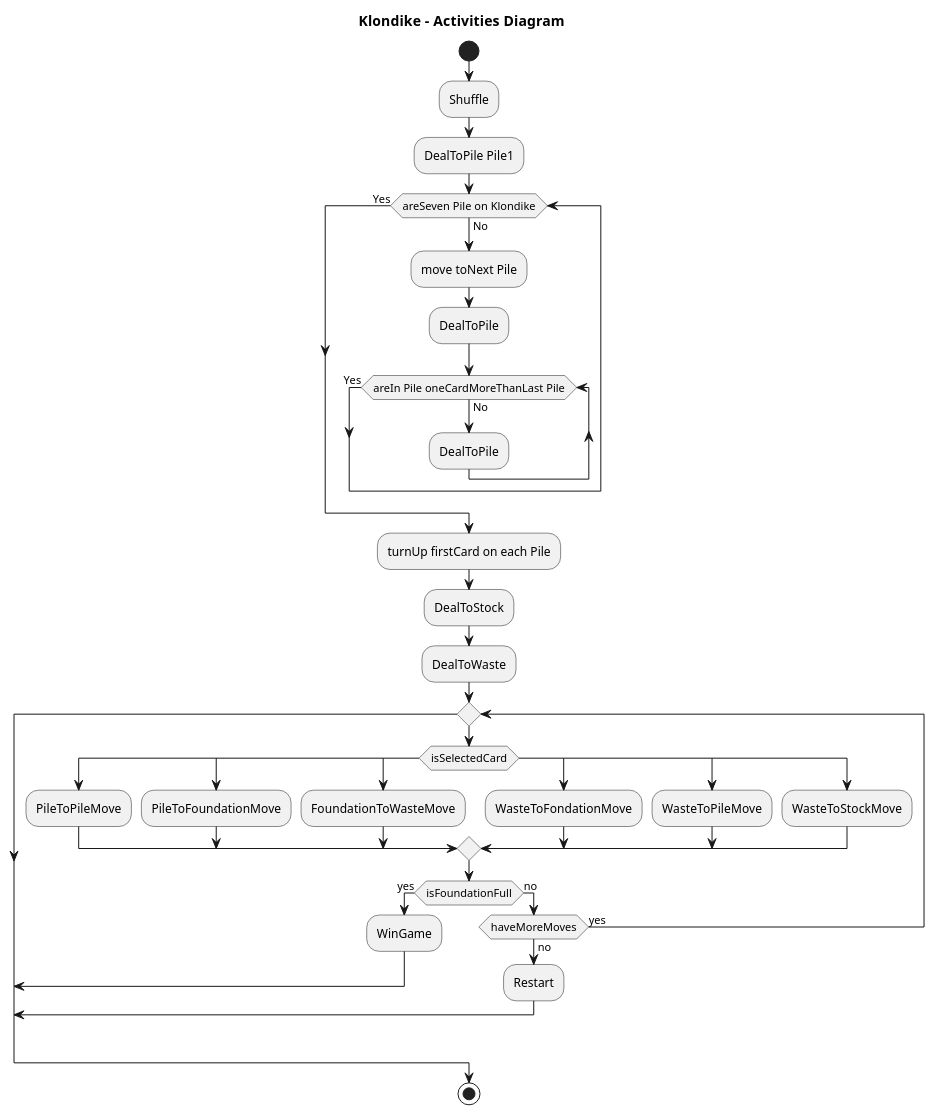
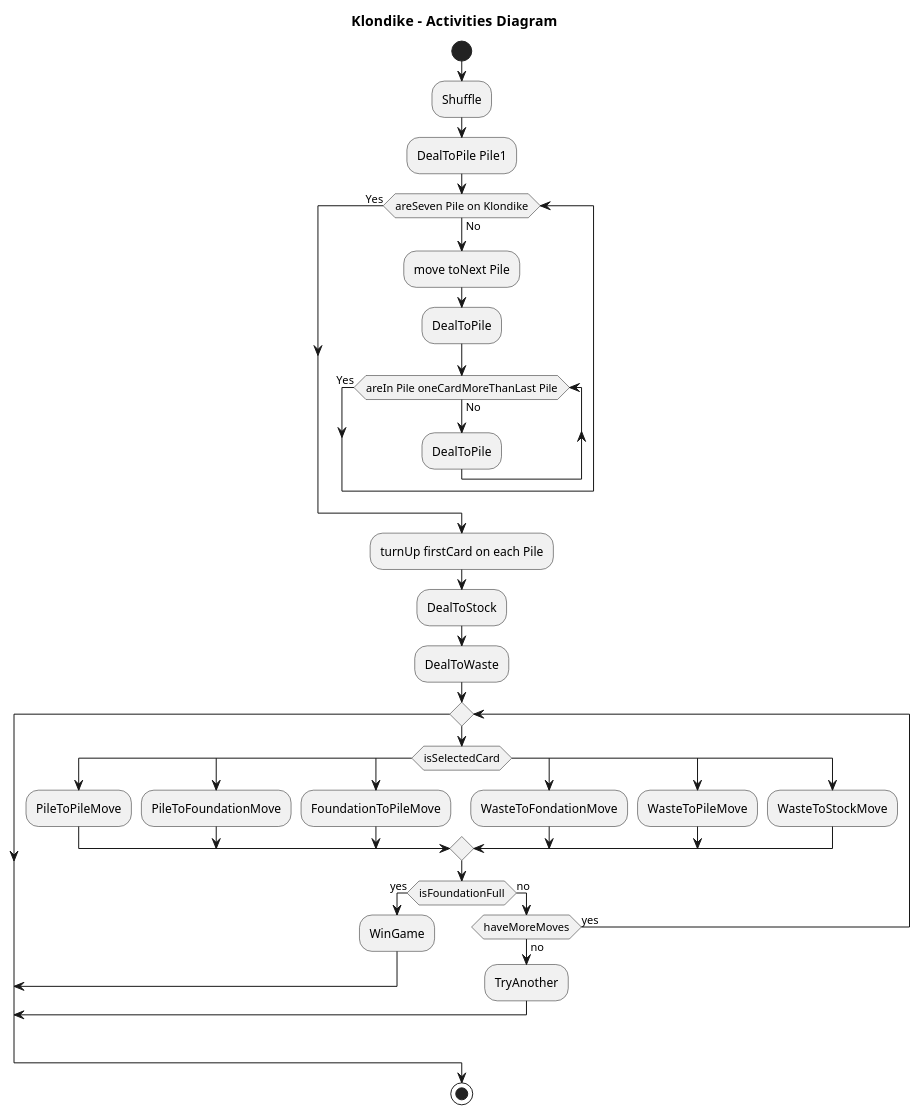
One commit to AngelOS95P/Maestria_IngSoftware_grupo6 changed the diagram in 1 Modelo de Dominio/04_Diagrama de actividades.plantuml. Above: the diagram before and after it, drawn with PlantUML. The commit also changed 11 other files, not shown here.

```diff
--- a/1 Modelo de Dominio/04_Diagrama de actividades.plantuml
+++ b/1 Modelo de Dominio/04_Diagrama de actividades.plantuml
@@ -1,52 +1,52 @@
 @startuml ActivitiesDiagram
 title Klondike  - Activities Diagram
 !pragma layout smetana
 
 start
 
 :Shuffle;
 :DealToPile Pile1;
 
 while (areSeven Pile on Klondike)  is (No)
   :move toNext Pile;
   :DealToPile;
   while (areIn Pile oneCardMoreThanLast Pile)  is (No)
     :DealToPile;
   endwhile (Yes)
 endwhile (Yes)
 
 :turnUp firstCard on each Pile;
 :DealToStock;
 :DealToWaste;
 
 while ()
   switch (isSelectedCard)
     case ()
       :PileToPileMove;
     case ()
       :PileToFoundationMove;
     case ()
-      :FoundationToWasteMove;
+      :FoundationToPileMove;
     case ()
       :WasteToFondationMove;
     case ()
       :WasteToPileMove;
     case ()
       :WasteToStockMove;
   endswitch
 
   if (isFoundationFull) then (yes)
     :WinGame;
     break;
   else (no)
     if (haveMoreMoves) then (no)
-      :Restart;
+      :TryAnother;
       break;
     else (yes)
     endif
   endif
 endwhile
 
 stop
 
 @enduml
```
